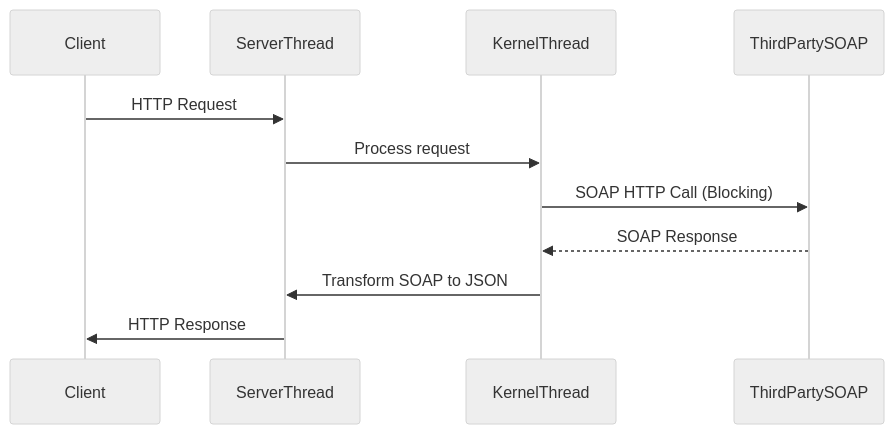
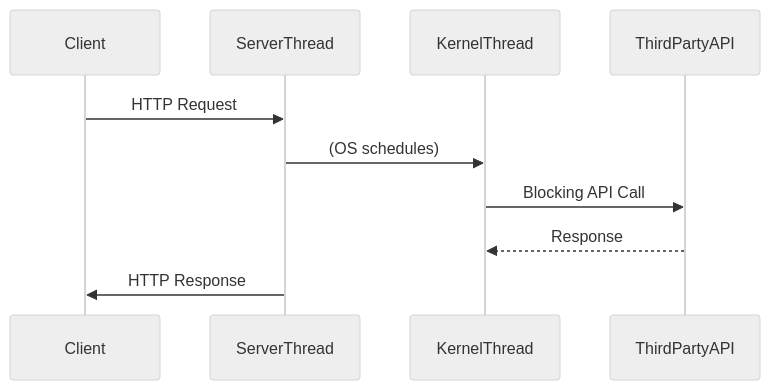
The first of 7 diagrams in README.md (sonuprajapati15/Web-frameworks), drawn with Mermaid (neutral theme) before and after one commit. The commit also changed other lines of this file, not shown here.

````diff
--- a/README.md
+++ b/README.md
@@ -89,14 +71,13 @@
 ```mermaid
 sequenceDiagram
     participant Client
     participant ServerThread
     participant KernelThread
-    participant ThirdPartySOAP
+    participant ThirdPartyAPI
 
     Client->>ServerThread: HTTP Request
-    ServerThread->>KernelThread: Process request
-    KernelThread->>ThirdPartySOAP: SOAP HTTP Call (Blocking)
-    ThirdPartySOAP-->>KernelThread: SOAP Response
-    KernelThread->>ServerThread: Transform SOAP to JSON
+    ServerThread->>KernelThread: (OS schedules)
+    KernelThread->>ThirdPartyAPI: Blocking API Call
+    ThirdPartyAPI-->>KernelThread: Response
     ServerThread->>Client: HTTP Response
 ```
````
